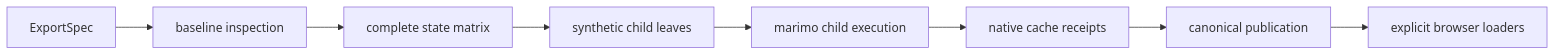
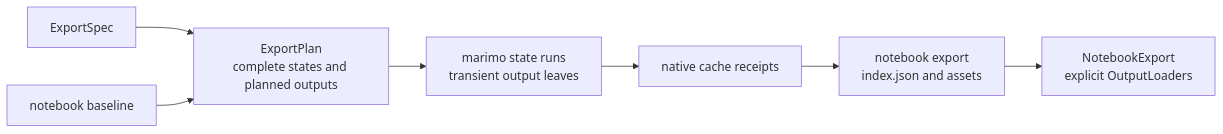
The diagram in development_docs/architecture.md (marimo-team/marimo-export), drawn with Mermaid before and after one commit. The commit also changed other lines of this file and 4 other files, not shown here.

First line of the commit message:
Document notebook export architecture

````diff
--- a/development_docs/architecture.md
+++ b/development_docs/architecture.md
@@ -6,10 +6,14 @@
 ```mermaid
 flowchart LR
-    Spec[ExportSpec] --> Baseline[baseline inspection]
-    Baseline --> Matrix[complete state matrix]
-    Matrix --> Leaves[synthetic child leaves]
-    Leaves --> Execution[marimo child execution]
-    Execution --> Receipts[native cache receipts]
-    Receipts --> Publication[canonical publication]
-    Publication --> Loaders[explicit browser loaders]
+    Spec["ExportSpec"]
+    Baseline["notebook baseline"]
+    Plan["ExportPlan<br/>complete states and planned outputs"]
+    Runs["marimo state runs<br/>transient output leaves"]
+    Receipts["native cache receipts"]
+    Export["notebook export<br/>index.json and assets"]
+    Browser["NotebookExport<br/>explicit OutputLoaders"]
+
+    Spec --> Plan
+    Baseline --> Plan
+    Plan --> Runs --> Receipts --> Export --> Browser
 ```
````
